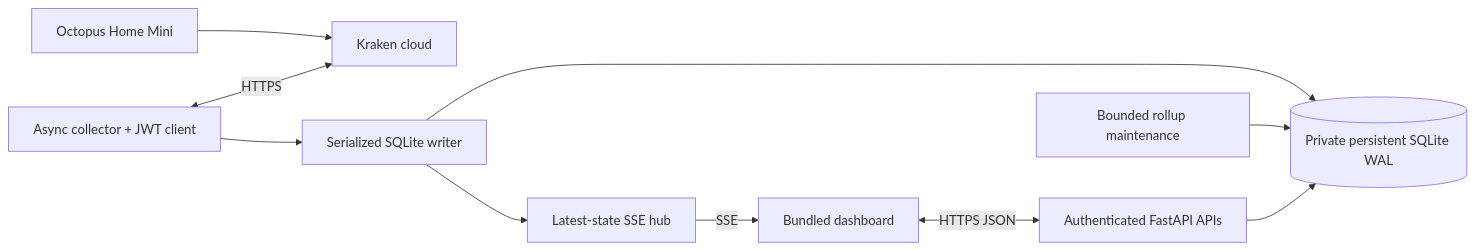
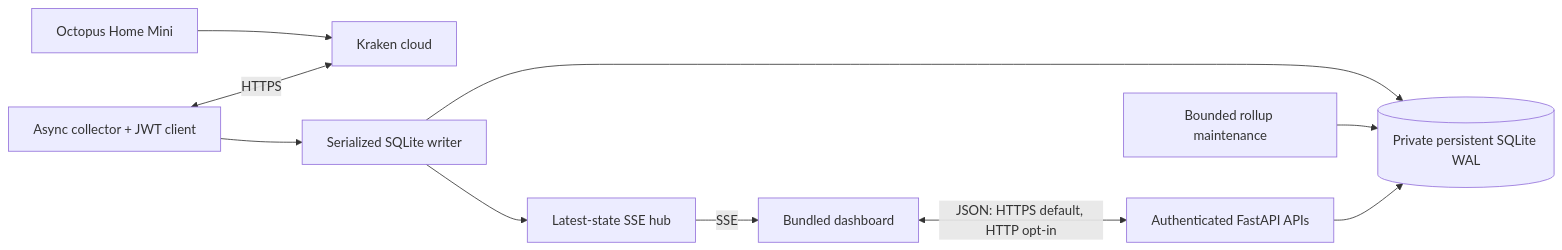
Before and after one commit to mrcarlfarmer/Home-Energy-Consumption: the diagram in docs/architecture.md, drawn with Mermaid. The commit also changed other lines of this file and 16 other files, not shown here.

````diff
--- a/docs/architecture.md
+++ b/docs/architecture.md
@@ -5,12 +7,12 @@
 ```mermaid
 flowchart LR
   Mini["Octopus Home Mini"] --> Kraken["Kraken cloud"]
   Poller["Async collector + JWT client"] <-->|HTTPS| Kraken
   Poller --> Store["Serialized SQLite writer"]
   Store --> DB[("Private persistent SQLite WAL")]
   Store --> Hub["Latest-state SSE hub"]
   Maintenance["Bounded rollup maintenance"] --> DB
   API["Authenticated FastAPI APIs"] --> DB
-  Browser["Bundled dashboard"] <-->|HTTPS JSON| API
+  Browser["Bundled dashboard"] <-->|JSON: HTTPS default, HTTP opt-in| API
   Hub -->|SSE| Browser
 ```
````
